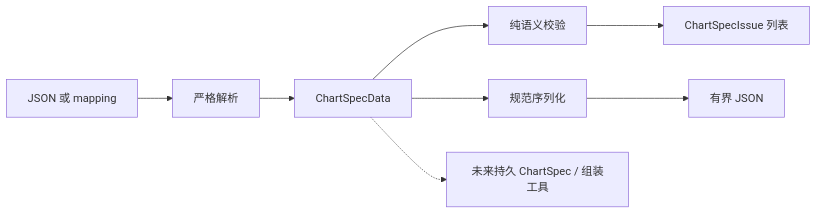
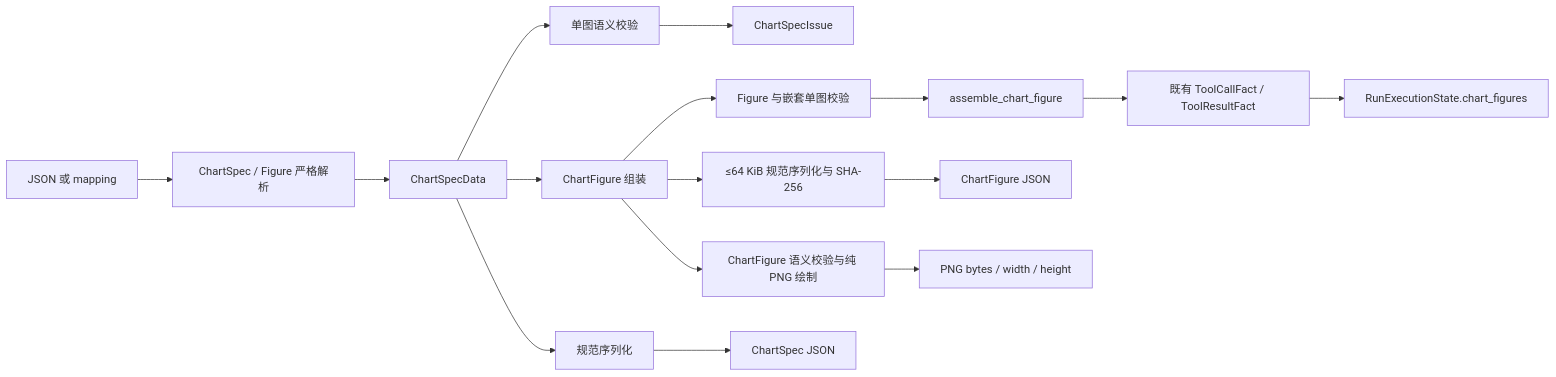
Before and after one commit to YeZibn/Figura: the diagram in docs/figura/charts.md, drawn with Mermaid. The commit also changed other lines of this file and 71 other files, not shown here.

Commit message:
feat(charts): 新增多图表画布（ChartFigure）模型与组装、绘画工具

````diff
--- a/docs/figura/charts.md
+++ b/docs/figura/charts.md
@@ -15,10 +27,18 @@
 ```mermaid
 flowchart LR
-    Raw[JSON 或 mapping] --> Parse[严格解析]
+    Raw[JSON 或 mapping] --> Parse[ChartSpec / Figure 严格解析]
     Parse --> Data[ChartSpecData]
-    Data --> Validate[纯语义校验]
-    Validate --> Issues[ChartSpecIssue 列表]
+    Data --> Validate[单图语义校验]
+    Validate --> Issues[ChartSpecIssue]
+    Data --> Figure[ChartFigure 组装]
+    Figure --> FigureCheck[Figure 与嵌套单图校验]
+    FigureCheck --> Tool[assemble_chart_figure]
+    Tool --> Runtime[既有 ToolCallFact / ToolResultFact]
+    Runtime --> Summary[RunExecutionState.chart_figures]
     Data --> Serialize[规范序列化]
-    Serialize --> JSON[有界 JSON]
-    Data -.-> Future[未来持久 ChartSpec / 组装工具]
+    Figure --> FigureSerialize[≤64 KiB 规范序列化与 SHA-256]
+    Serialize --> JSON[ChartSpec JSON]
+    FigureSerialize --> FigureJSON[ChartFigure JSON]
+    Figure --> Render[ChartFigure 语义校验与纯 PNG 绘制]
+    Render --> PNG[PNG bytes / width / height]
 ```
````
